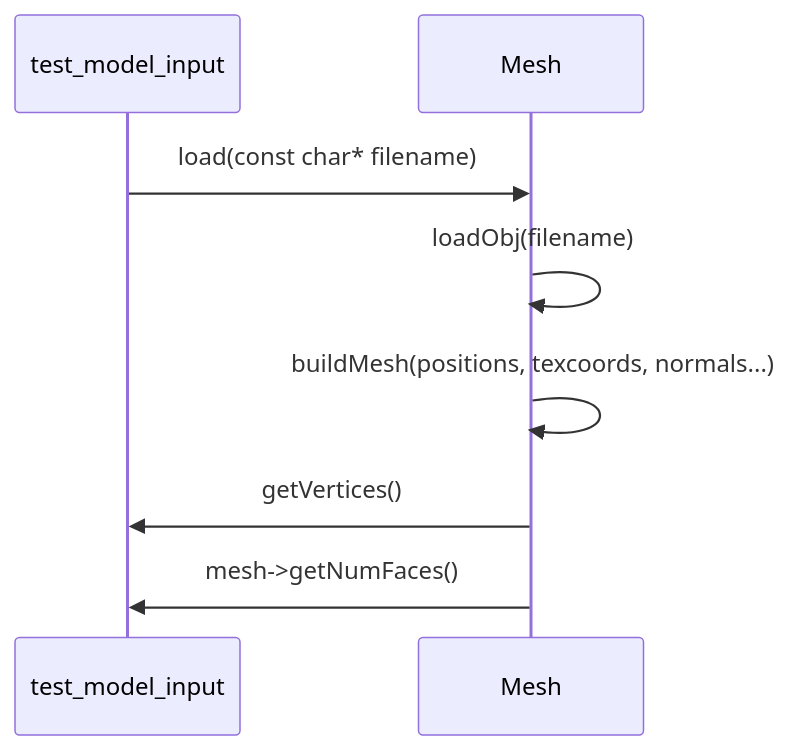
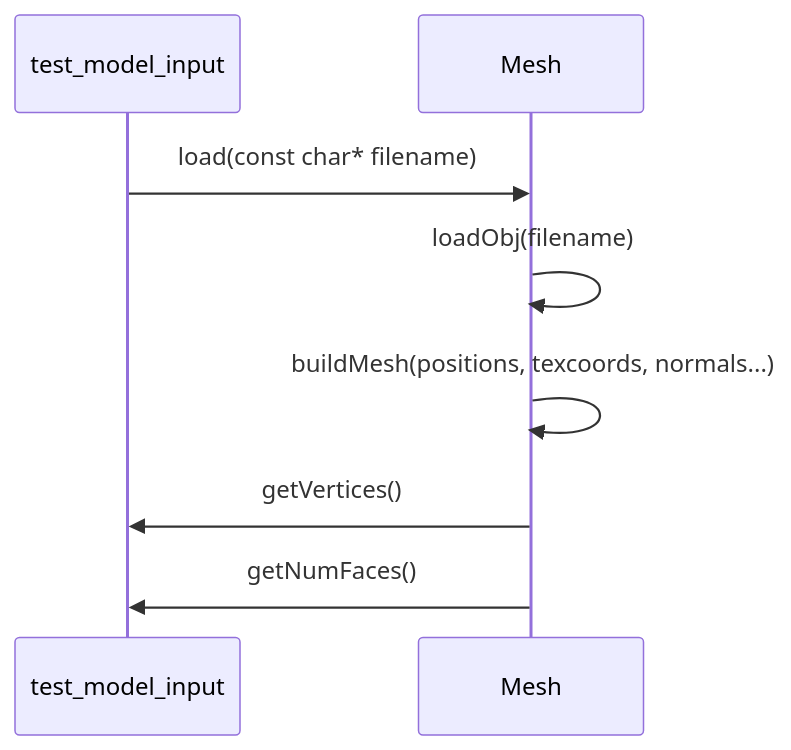
The diagram in notes/lesson4_模型解析与导入.md (hhlovesyy/MyTinyRenderer), drawn with Mermaid before and after one commit. The commit also changed other lines of this file and 58 other files, not shown here.

````diff
--- a/notes/lesson4_模型解析与导入.md
+++ b/notes/lesson4_模型解析与导入.md
@@ -298,8 +298,8 @@
 ```mermaid
 sequenceDiagram
     test_model_input->>Mesh: load(const char* filename) 
     Mesh->>Mesh: loadObj(filename)
     Mesh->>Mesh:buildMesh(positions, texcoords, normals...);
     Mesh->>test_model_input:getVertices()
-    Mesh->>test_model_input:mesh->getNumFaces()
+    Mesh->>test_model_input:getNumFaces()
 ```
````
